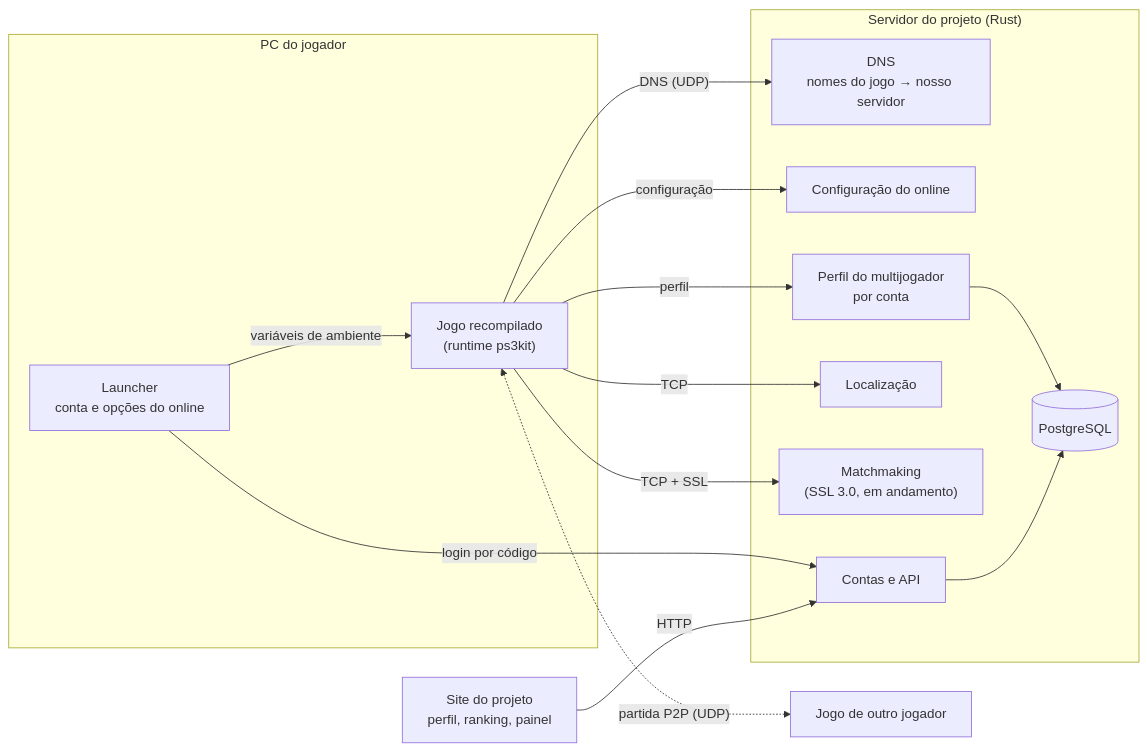
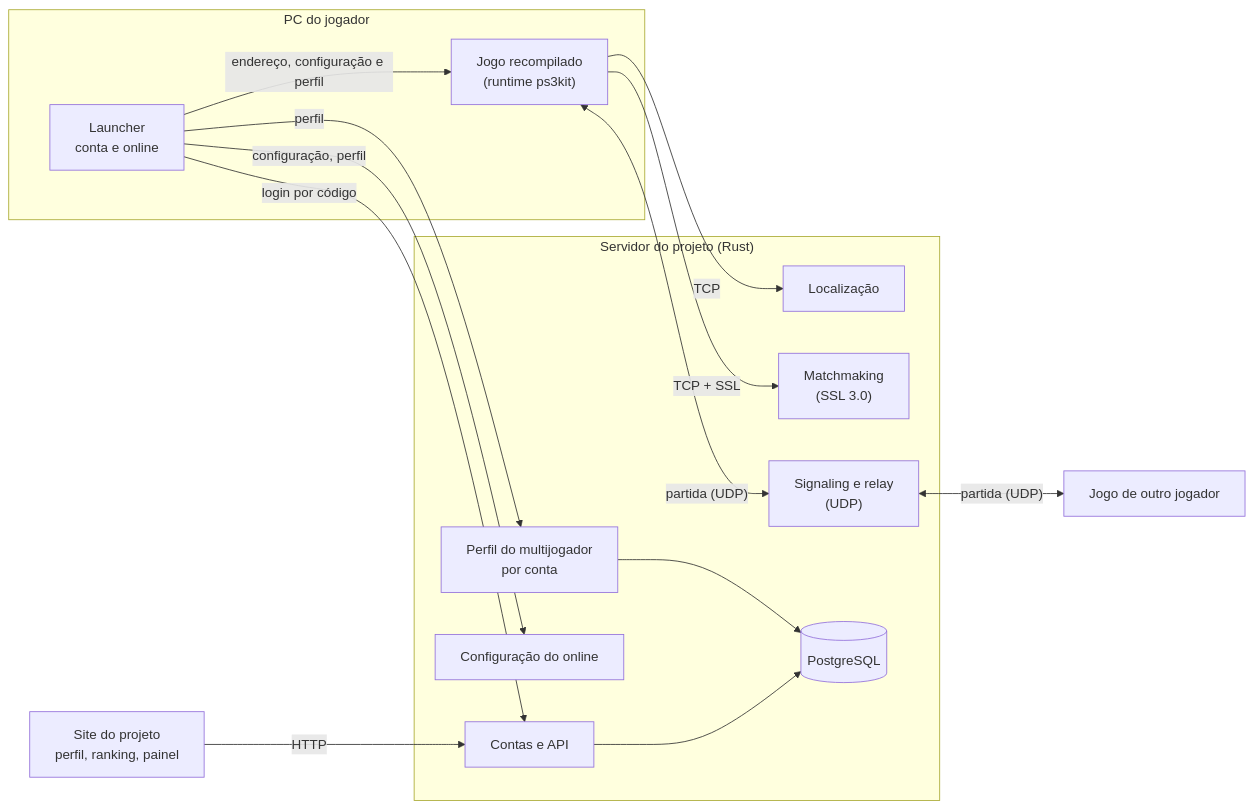
One commit to arnaldolima1/gow-ascension-pc changed the diagram in README.md. Above: the diagram before and after it, drawn with Mermaid. The commit also changed other lines of this file and 1 other file, not shown here.

Commit message:
README: the online as of Nov 5 (matchmaking up, two players matched with a host, the match through the server's relay, the launcher signing in and playing online; the server live at gow-ascension.com.br), the launcher's Improvements and Online tabs, PT-BR built on the site

````diff
--- a/README.md
+++ b/README.md
@@ -85,32 +89,32 @@
 ```mermaid
 flowchart LR
   subgraph PC["PC do jogador"]
-    L["Launcher<br/>conta e opções do online"]
+    L["Launcher<br/>conta e online"]
     G["Jogo recompilado<br/>(runtime ps3kit)"]
-    L -- "variáveis de ambiente" --> G
+    L -- "endereço, configuração e perfil" --> G
   end
 
   subgraph SRV["Servidor do projeto (Rust)"]
-    DNS["DNS<br/>nomes do jogo → nosso servidor"]
+    API["Contas e API"]
     CFG["Configuração do online"]
     TUS["Perfil do multijogador<br/>por conta"]
     GEO["Localização"]
-    SAM["Matchmaking<br/>(SSL 3.0, em andamento)"]
-    API["Contas e API"]
+    SAM["Matchmaking<br/>(SSL 3.0)"]
+    REL["Signaling e relay<br/>(UDP)"]
     DB[("PostgreSQL")]
     TUS --> DB
     API --> DB
   end
 
   WEB["Site do projeto<br/>perfil, ranking, painel"]
   G2["Jogo de outro jogador"]
 
-  G -- "DNS (UDP)" --> DNS
-  G -- "configuração" --> CFG
-  G -- "perfil" --> TUS
+  L -- "login por código" --> API
+  L -- "configuração, perfil" --> CFG
+  L -- "perfil" --> TUS
   G -- "TCP" --> GEO
   G -- "TCP + SSL" --> SAM
-  L -- "login por código" --> API
+  G <-- "partida (UDP)" --> REL
+  REL <-- "partida (UDP)" --> G2
   WEB -- "HTTP" --> API
-  G <-.->|"partida P2P (UDP)"| G2
 ```
````
